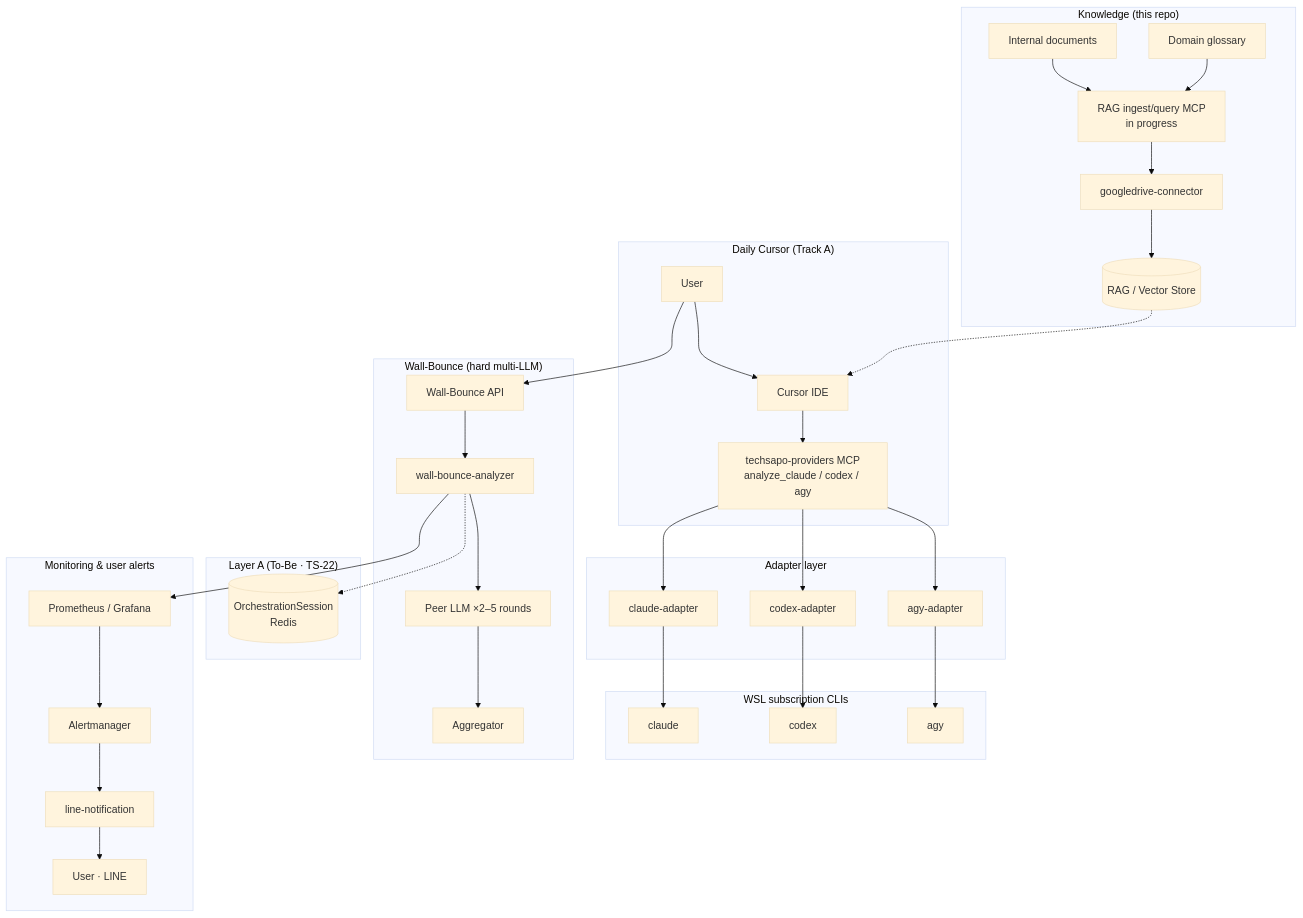
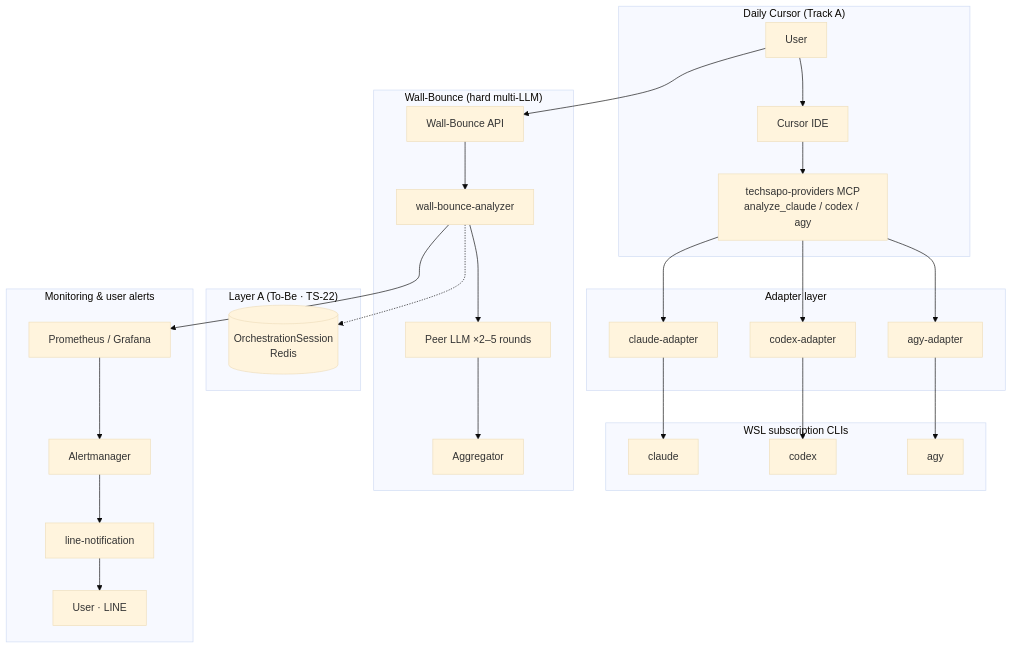
Before and after one commit to wombat2006/techdev-cursor: the diagram in README_en.md, drawn with Mermaid (base theme). The commit also changed other lines of this file and 1 other file, not shown here.

First line of the commit message:
docs: center README on multi-LLM wall-bounce, drop RAG from diagram

````diff
--- a/README_en.md
+++ b/README_en.md
@@ -39,59 +39,47 @@
 ```mermaid
 flowchart TB
   subgraph trackA["Daily Cursor (Track A)"]
     U1[User]
     CUR[Cursor IDE]
     MCP[techsapo-providers MCP<br/>analyze_claude / codex / agy]
-  end
-
-  subgraph knowledge["Knowledge (this repo)"]
-    DOCS[Internal documents]
-    DICT[Domain glossary]
-    RAGIO[RAG ingest/query MCP<br/>in progress]
-    GD[googledrive-connector]
-    VS[(RAG / Vector Store)]
   end
 
   subgraph adapters["Adapter layer"]
     AD1[claude-adapter]
     AD2[codex-adapter]
     AD3[agy-adapter]
   end
 
   subgraph cli["WSL subscription CLIs"]
     CL[claude]
     CX[codex]
     AG[agy]
   end
 
   subgraph wb["Wall-Bounce (hard multi-LLM)"]
     API[Wall-Bounce API]
     WBA[wall-bounce-analyzer]
     PEER[Peer LLM ×2–5 rounds]
     AGG[Aggregator]
   end
 
   subgraph mem["Layer A (To-Be · TS-22)"]
     REDIS[(OrchestrationSession<br/>Redis)]
   end
 
   subgraph mon["Monitoring & user alerts"]
     PROM[Prometheus / Grafana]
     AM[Alertmanager]
     LN[line-notification]
     U2[User · LINE]
   end
 
   U1 --> CUR --> MCP
   MCP --> AD1 & AD2 & AD3
   AD1 --> CL
   AD2 --> CX
   AD3 --> AG
-  DOCS --> RAGIO
-  DICT --> RAGIO
-  RAGIO --> GD --> VS
-  VS -.-> CUR
   U1 --> API --> WBA --> PEER --> AGG
   WBA -.-> REDIS
   WBA --> PROM --> AM --> LN --> U2
 ```
````
